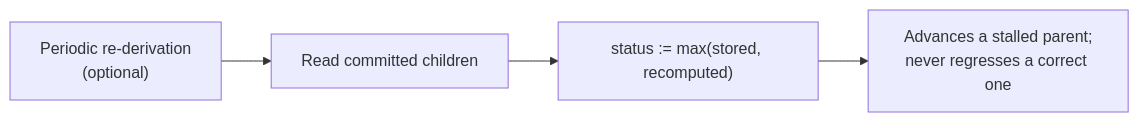
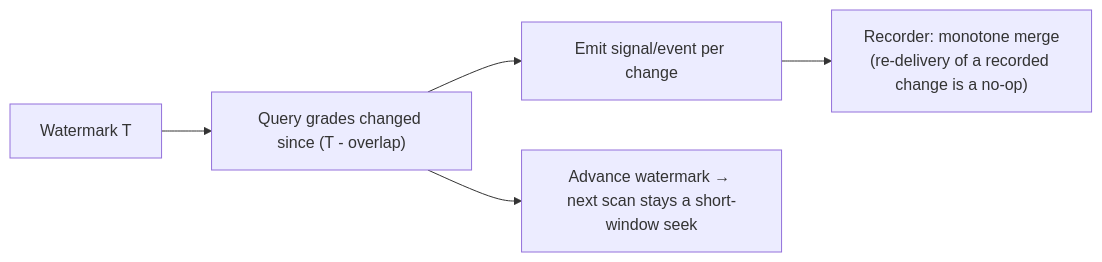
Before and after one commit to jesperhodge/openedx-core: the third of 3 diagrams in docs/openedx_learning/decisions/0004-competency-mastery-concurrency-diagrams.md, drawn with Mermaid. The commit also changed other lines of this file and 3 other files, not shown here.

````diff
--- a/docs/openedx_learning/decisions/0004-competency-mastery-concurrency-diagrams.md
+++ b/docs/openedx_learning/decisions/0004-competency-mastery-concurrency-diagrams.md
@@ -60,6 +64,7 @@
 ```mermaid
 flowchart LR
-    SWEEP["Periodic re-derivation<br/>(optional)"] --> READ["Read committed children"]
-    READ --> MERGE["status := max(stored, recomputed)"]
-    MERGE --> SAFE["Advances a stalled parent;<br/>never regresses a correct one"]
+    WM["Watermark T"] --> SCAN["Query grades changed since (T - overlap)"]
+    SCAN --> EMIT["Emit signal/event per change"]
+    EMIT --> MERGE["Recorder: monotone merge<br/>(re-delivery of a recorded change is a no-op)"]
+    SCAN --> ADV["Advance watermark → next scan stays a short-window seek"]
 ```
````
